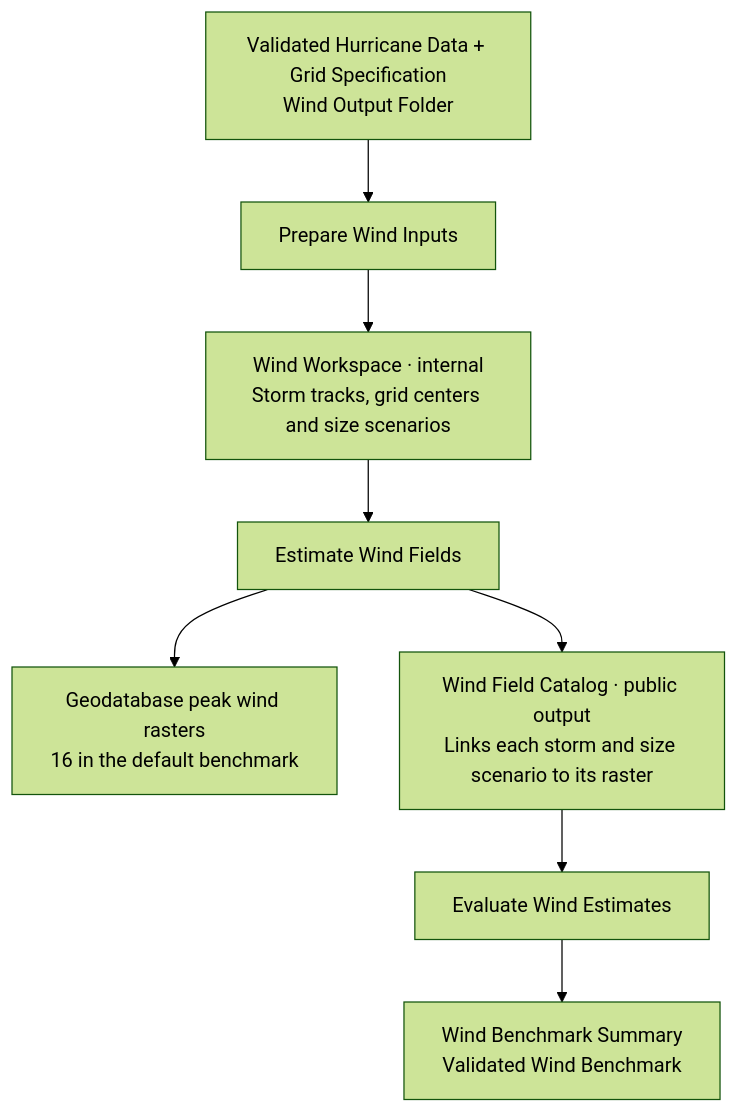
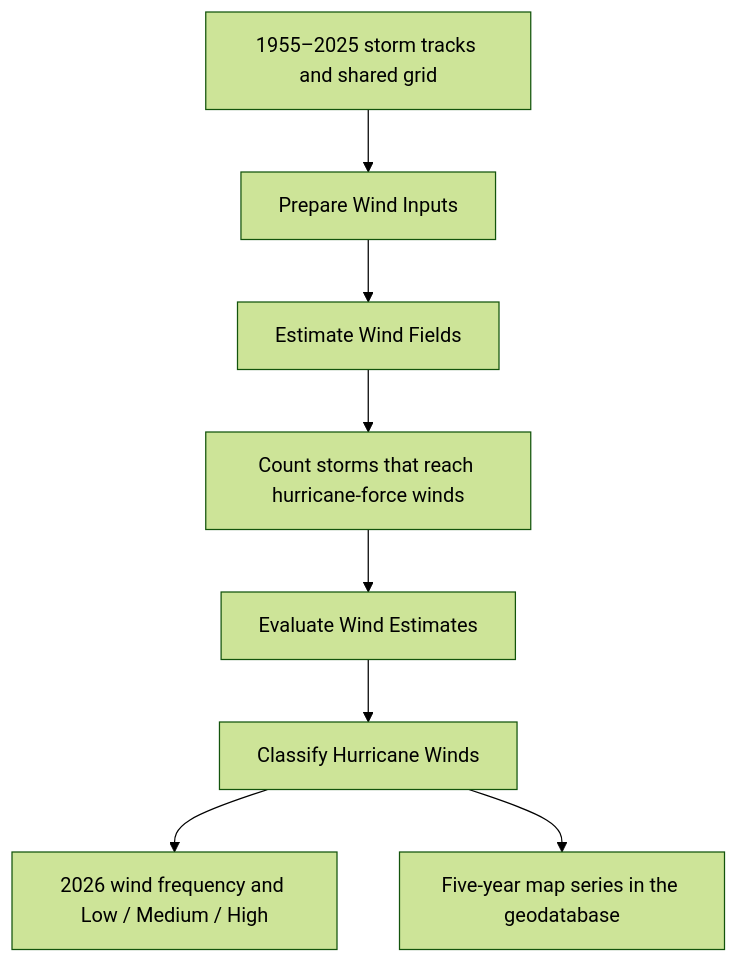
Before and after one commit to avega17/PLAN6059-PR-Risks-SDSS: the second of 2 diagrams in docs/hurricane_processing_plan.md, drawn with Mermaid (forest theme). The commit also changed other lines of this file and 32 other files, not shown here.

````diff
--- a/docs/hurricane_processing_plan.md
+++ b/docs/hurricane_processing_plan.md
@@ -43,10 +37,10 @@
 ```mermaid
 flowchart TD
-    Inputs["Validated Hurricane Data + Grid Specification<br/>Wind Output Folder"] --> Prepare["Prepare Wind Inputs"]
-    Prepare --> Workspace["Wind Workspace · internal<br/>Storm tracks, grid centers and size scenarios"]
-    Workspace --> Estimate["Estimate Wind Fields"]
-    Estimate --> Peaks["Geodatabase peak wind rasters<br/>16 in the default benchmark"]
-    Estimate --> Catalog["Wind Field Catalog · public output<br/>Links each storm and size scenario to its raster"]
-    Catalog --> Evaluate["Evaluate Wind Estimates"]
-    Evaluate --> Outputs["Wind Benchmark Summary<br/>Validated Wind Benchmark"]
+    A["1955–2025 storm tracks and shared grid"] --> B["Prepare Wind Inputs"]
+    B --> C["Estimate Wind Fields"]
+    C --> D["Count storms that reach hurricane-force winds"]
+    D --> E["Evaluate Wind Estimates"]
+    E --> F["Classify Hurricane Winds"]
+    F --> G["2026 wind frequency and Low / Medium / High"]
+    F --> H["Five-year map series in the geodatabase"]
 ```
````
